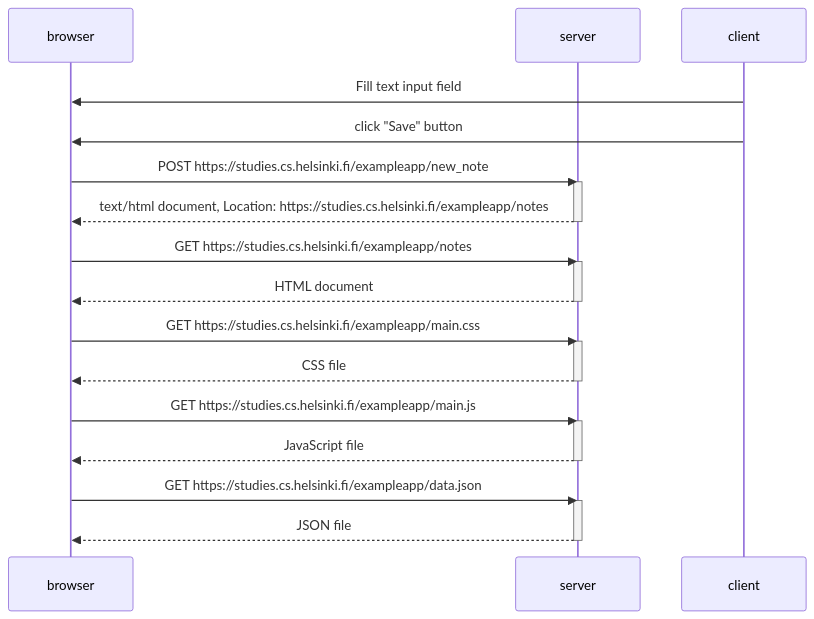
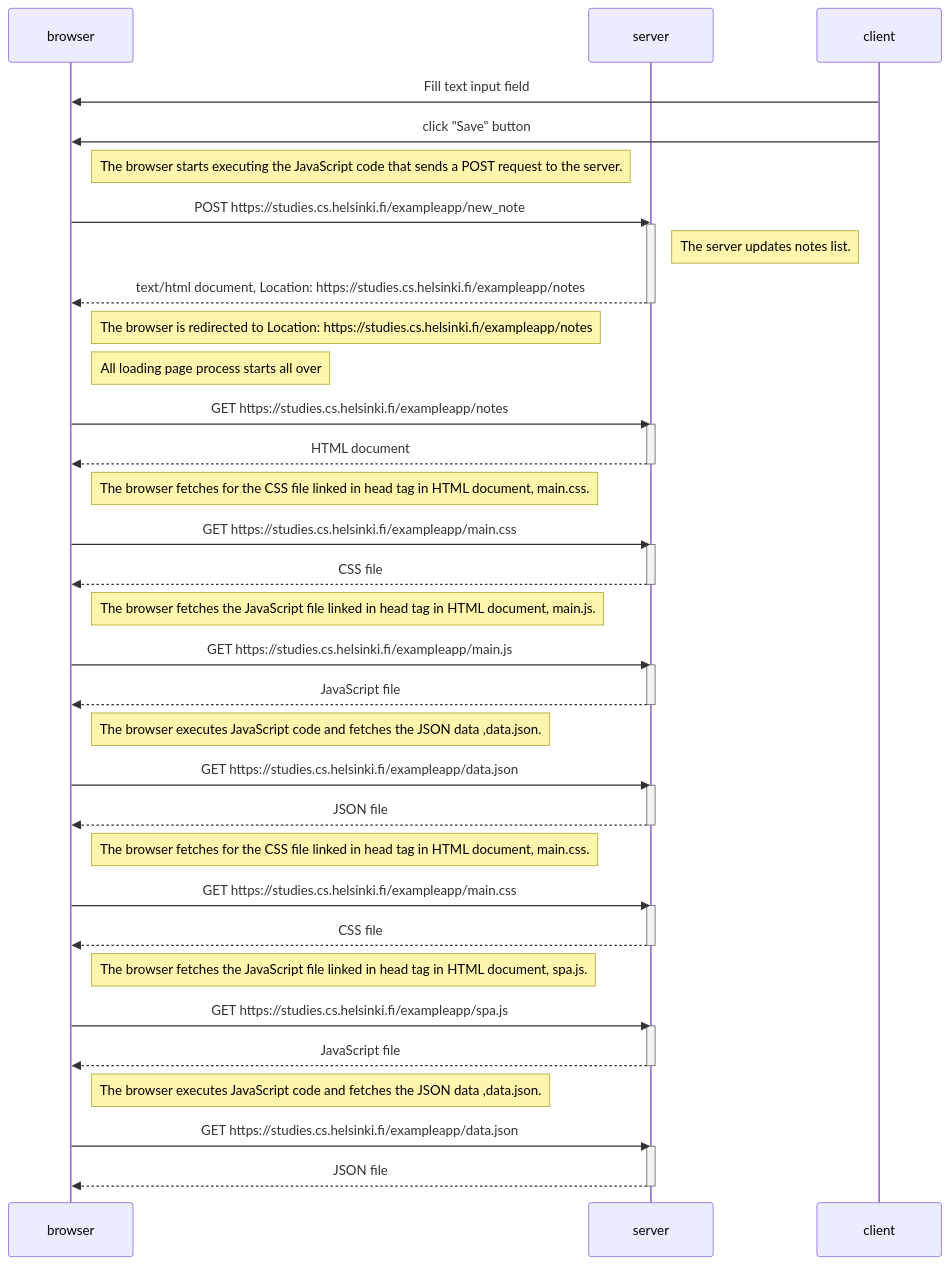
One commit to AndzelaMilowska/fullstackopen changed the diagram in part00/newnotediagram.mmd. Above: the diagram before and after it, drawn with Mermaid.

```diff
--- a/part00/newnotediagram.mmd
+++ b/part00/newnotediagram.mmd
@@ -1,32 +1,58 @@
 sequenceDiagram
   participant browser 
   participant server
   participant client
 
   client->>browser: Fill text input field
   client->>browser: click "Save" button
 
+  Note right of browser: The browser starts executing the JavaScript code that sends a POST request to the server.
   browser->>server: POST https://studies.cs.helsinki.fi/exampleapp/new_note
   activate server 
+  Note right of server: The server updates notes list.
   server-->>browser: text/html document, Location: https://studies.cs.helsinki.fi/exampleapp/notes 
   deactivate server
 
+  Note right of browser: The browser is redirected to Location: https://studies.cs.helsinki.fi/exampleapp/notes
+  Note right of browser: All loading page process starts all over
+  
   browser->>server: GET https://studies.cs.helsinki.fi/exampleapp/notes 
   activate server 
   server-->>browser: HTML document 
   deactivate server
 
+  Note right of browser: The browser fetches for the CSS file linked in head tag in HTML document, main.css. 
   browser->>server: GET https://studies.cs.helsinki.fi/exampleapp/main.css
   activate server
   server-->>browser: CSS file
   deactivate server
 
+  Note right of browser: The browser fetches the JavaScript file linked in head tag in HTML document, main.js. 
   browser->>server: GET https://studies.cs.helsinki.fi/exampleapp/main.js
   activate server 
   server-->>browser: JavaScript file  
   deactivate server
 
+  Note right of browser: The browser executes JavaScript code and fetches the JSON data ,data.json.
   browser->>server: GET https://studies.cs.helsinki.fi/exampleapp/data.json
   activate server
   server-->>browser: JSON file
   deactivate server
+
+  Note right of browser: The browser fetches for the CSS file linked in head tag in HTML document, main.css. 
+  browser->>server: GET https://studies.cs.helsinki.fi/exampleapp/main.css
+  activate server
+  server-->>browser: CSS file
+  deactivate server
+
+  Note right of browser: The browser fetches the JavaScript file linked in head tag in HTML document, spa.js. 
+  browser->>server: GET https://studies.cs.helsinki.fi/exampleapp/spa.js
+  activate server 
+  server-->>browser: JavaScript file  
+  deactivate server
+
+  Note right of browser: The browser executes JavaScript code and fetches the JSON data ,data.json.
+  browser->>server: GET https://studies.cs.helsinki.fi/exampleapp/data.json
+  activate server
+  server-->>browser: JSON file
+  deactivate server
```
